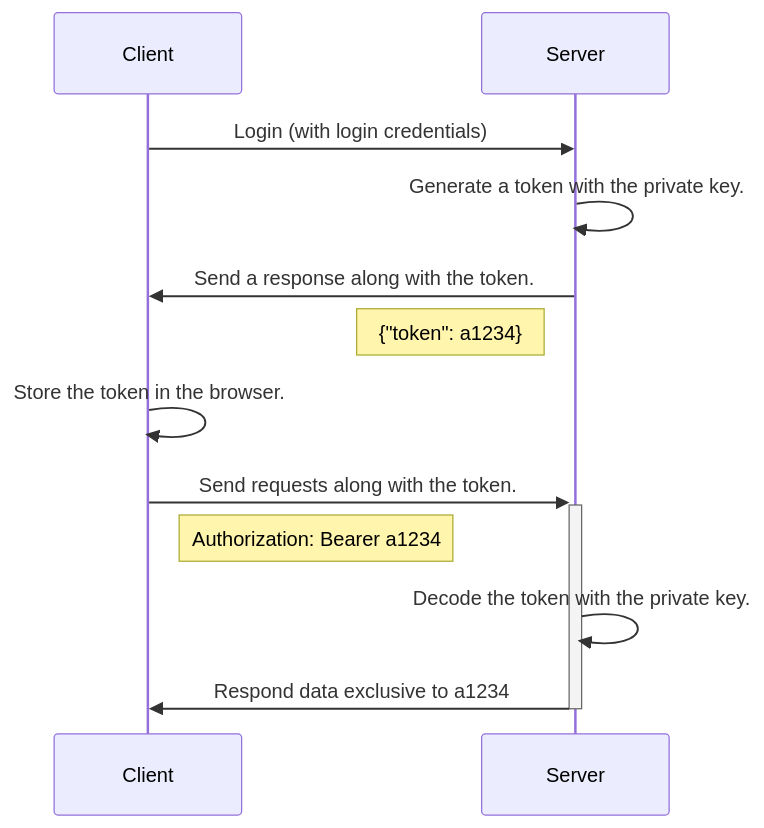
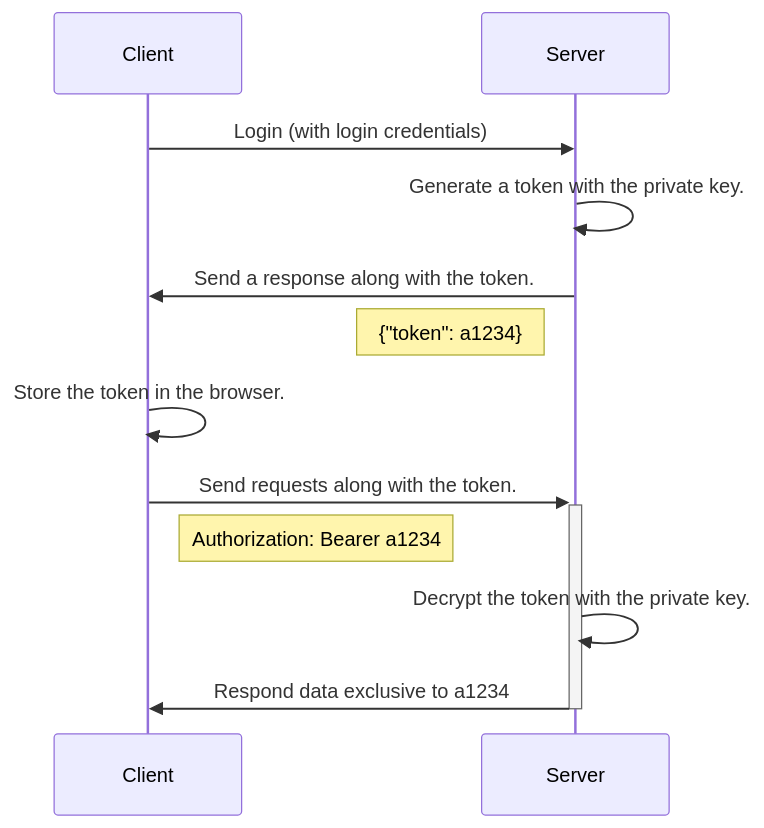
One commit to bingyangchen/KM-software changed the second of 2 diagrams in Web Development/Cookie-Based Authentication vs. Token-Based Authentication.md. Above: the diagram before and after it, drawn with Mermaid. The commit also changed other lines of this file and 13 other files, not shown here.

````diff
--- a/Web Development/Cookie-Based Authentication vs. Token-Based Authentication.md
+++ b/Web Development/Cookie-Based Authentication vs. Token-Based Authentication.md
@@ -86,14 +88,14 @@
 ```mermaid
 sequenceDiagram
     participant Client
     participant Server
     Client->>Server: Login (with login credentials)
     Server->>Server: Generate a token with the private key.
     Server->>Client: Send a response along with the token.
     Note left of Server: {"token": a1234}
     Client->>Client: Store the token in the browser.
     Client->>+Server: Send requests along with the token.
     Note right of Client: Authorization: Bearer a1234
-    Server->>Server: Decode the token with the private key.
+    Server->>Server: Decrypt the token with the private key.
     Server->>-Client: Respond data exclusive to a1234
 ```
````
